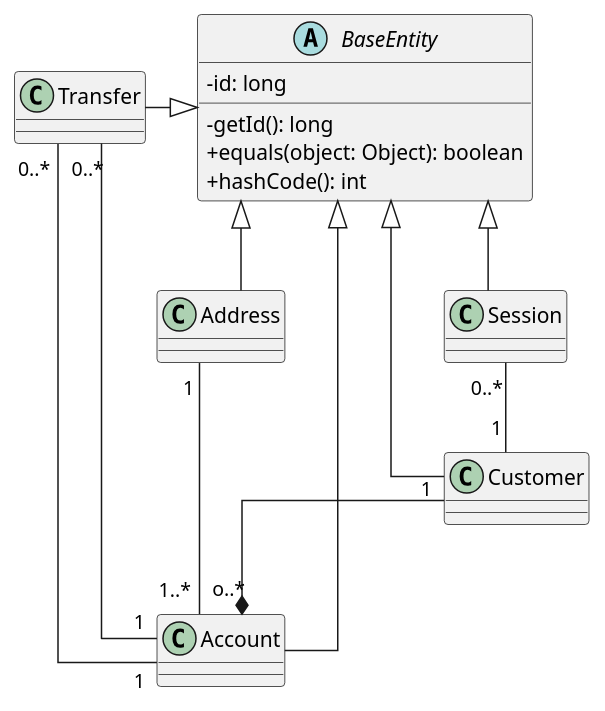
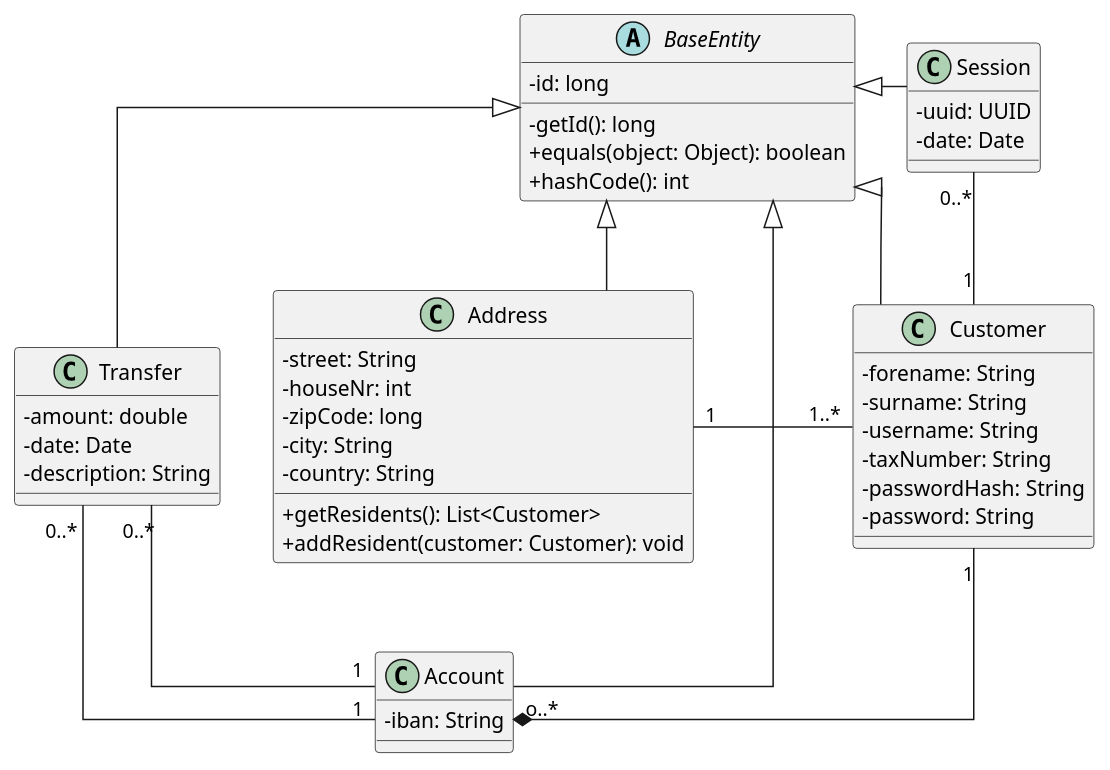
Before and after one commit to SteffBauer/sw_project: the diagram in documentation/diagrams/DiagramClass_BankingService.puml, drawn with PlantUML.

Commit message:
added attributes and methods to class diagram

```diff
--- a/documentation/diagrams/DiagramClass_BankingService.puml
+++ b/documentation/diagrams/DiagramClass_BankingService.puml
@@ -1,45 +1,64 @@
 @startuml
 skinparam classAttributeIconSize 0
 skinparam linetype ortho
 
 ' Declare Classes
 abstract class BaseEntity{
    - id: long
    - getId(): long
    + equals(object: Object): boolean
    + hashCode(): int
 }
 
 class Account{
+  - iban: String
 }
 
 class Address{
+  - street: String
+  - houseNr: int
+  - zipCode: long
+  - city: String
+  - country: String
+  + getResidents(): List<Customer>
+  + addResident(customer: Customer): void
 }
 
 class Customer{
+  - forename: String
+  - surname: String
+  - username: String
+  - taxNumber: String
+  - passwordHash: String
+  - password: String
 }
 
 class Session{
+  - uuid: UUID
+  - date: Date
 }
 
 class Transfer{
+  - amount: double
+  - date: Date
+  - description: String
 }
 
 
 ' Declare relationship of classes
 Session "0..*" -- "1" Customer
 Customer "1" --* "o..*" Account
-Address "1" - "1..*" Account
+Address "1" - "1..*" Customer
 Transfer "0..*" - "1" Account
 Transfer "0..*" - "1" Account
 
 BaseEntity <|-- Account
 BaseEntity <|-- Address
 BaseEntity <|-- Customer
 BaseEntity <|-- Session
 BaseEntity <|-- Transfer
 
-Transfer -[hidden]> BaseEntity
+BaseEntity -[hidden]> Session
 Transfer -[hidden]> Address
 
 @enduml
```
